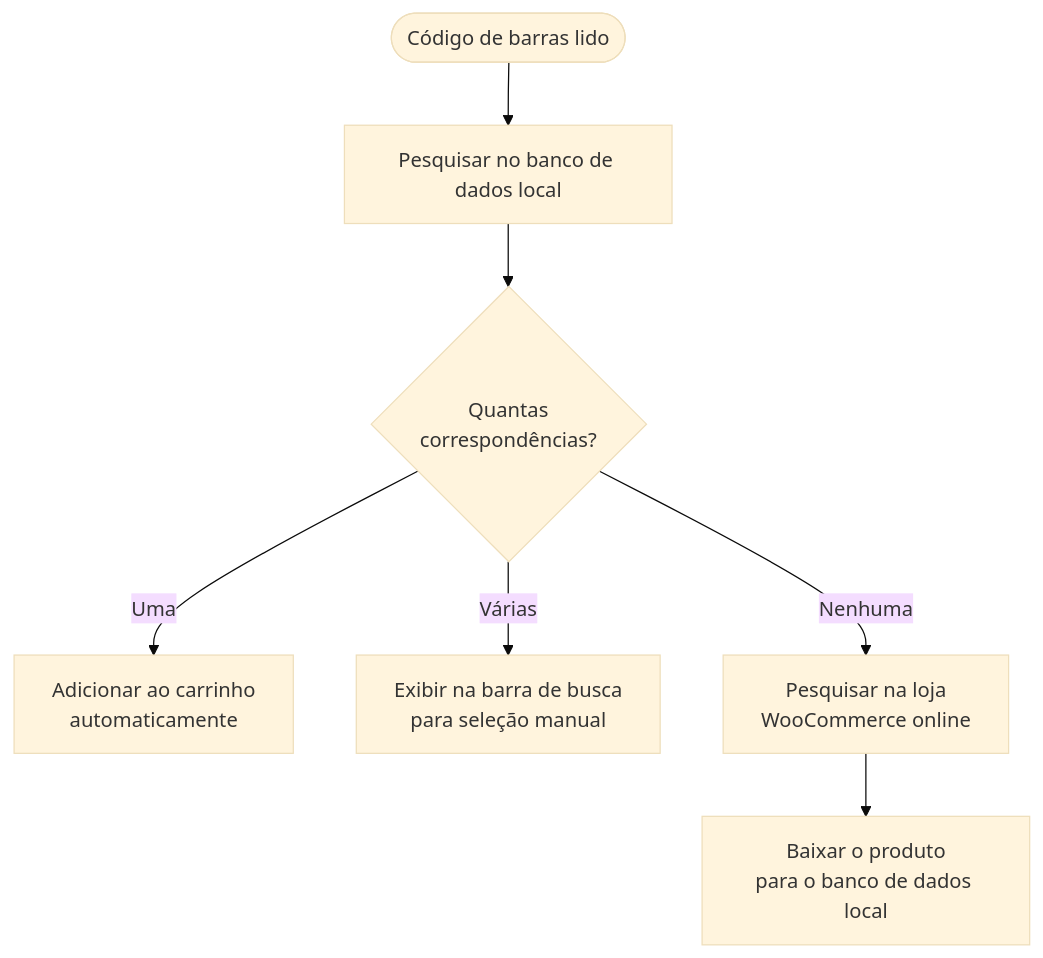
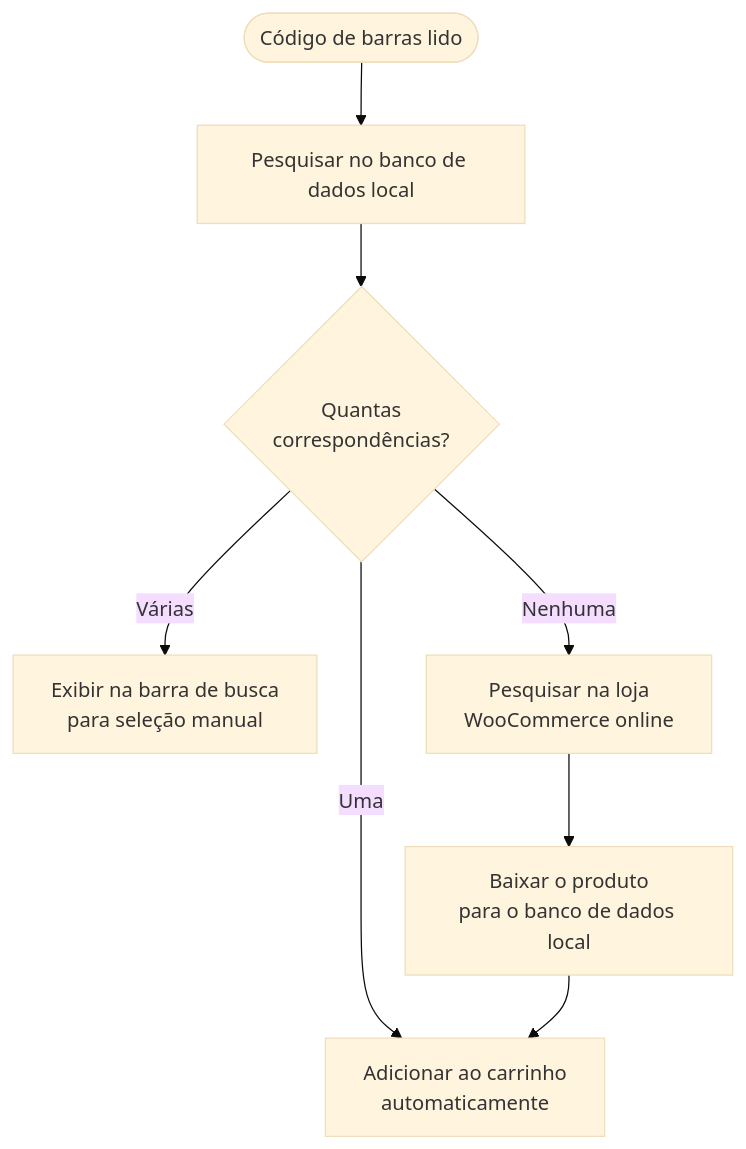
Before and after one commit to wcpos/docs: the diagram in i18n/pt-BR/docusaurus-plugin-content-docs/version-1.x/pos/product-panel/barcode-scanning.mdx, drawn with Mermaid (base theme). The commit also changed other lines of this file and 186 other files, not shown here.

````diff
--- a/i18n/pt-BR/docusaurus-plugin-content-docs/version-1.x/pos/product-panel/barcode-scanning.mdx
+++ b/i18n/pt-BR/docusaurus-plugin-content-docs/version-1.x/pos/product-panel/barcode-scanning.mdx
@@ -65,9 +70,10 @@
 ```mermaid
 flowchart TD
     Scan([Código de barras lido]) --> Lookup[Pesquisar no banco de dados local]
     Lookup --> Check{Quantas\ncorrespondências?}
     Check -->|Uma| Cart[Adicionar ao carrinho\nautomaticamente]
     Check -->|Várias| Search[Exibir na barra de busca\npara seleção manual]
     Check -->|Nenhuma| Online[Pesquisar na loja\nWooCommerce online]
     Online --> Download[Baixar o produto\npara o banco de dados local]
+    Download --> Cart
 ```
````
